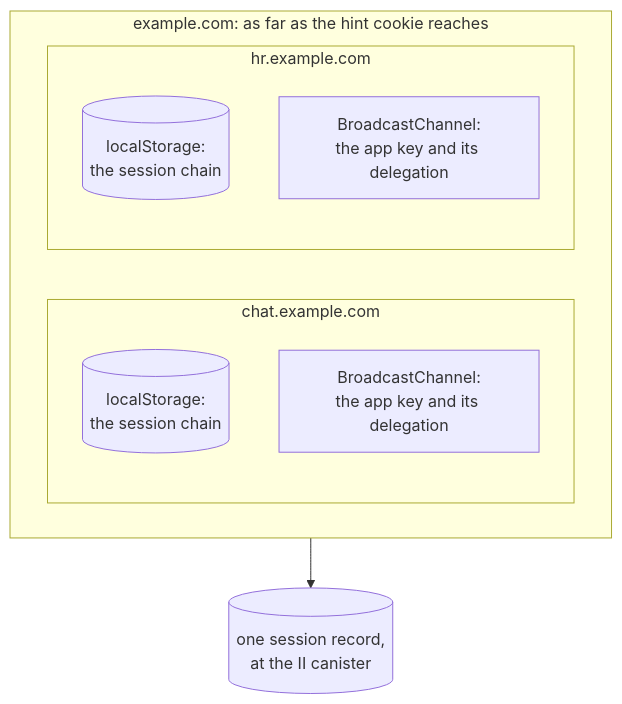
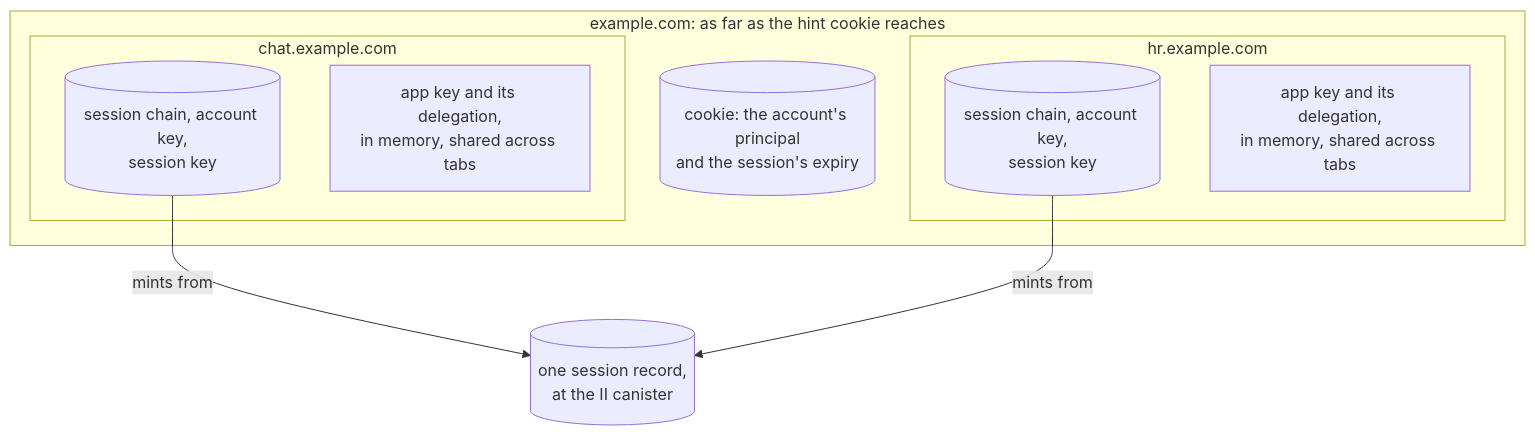
Before and after one commit to dfinity/internet-identity: the second of 5 diagrams in docs/ongoing/client-app-sessions.md, drawn with Mermaid. The commit also changed other lines of this file and 1 other file, not shown here.

````diff
--- a/docs/ongoing/client-app-sessions.md
+++ b/docs/ongoing/client-app-sessions.md
@@ -121,14 +194,17 @@
 ```mermaid
 flowchart TB
     subgraph D["example.com: as far as the hint cookie reaches"]
+        H[("cookie: the account's principal<br/>and the session's expiry")]
         subgraph O1["chat.example.com"]
-            L1[("localStorage:<br/>the session chain")]
-            B1["BroadcastChannel:<br/>the app key and its delegation"]
+            L1[("session chain, account key,<br/>session key")]
+            B1["app key and its delegation,<br/>in memory, shared across tabs"]
         end
         subgraph O2["hr.example.com"]
-            L2[("localStorage:<br/>the session chain")]
-            B2["BroadcastChannel:<br/>the app key and its delegation"]
+            L2[("session chain, account key,<br/>session key")]
+            B2["app key and its delegation,<br/>in memory, shared across tabs"]
         end
     end
-    D --> S[("one session record,<br/>at the II canister")]
+    L1 -->|mints from| S
+    L2 -->|mints from| S
+    S[("one session record,<br/>at the II canister")]
 ```
````
